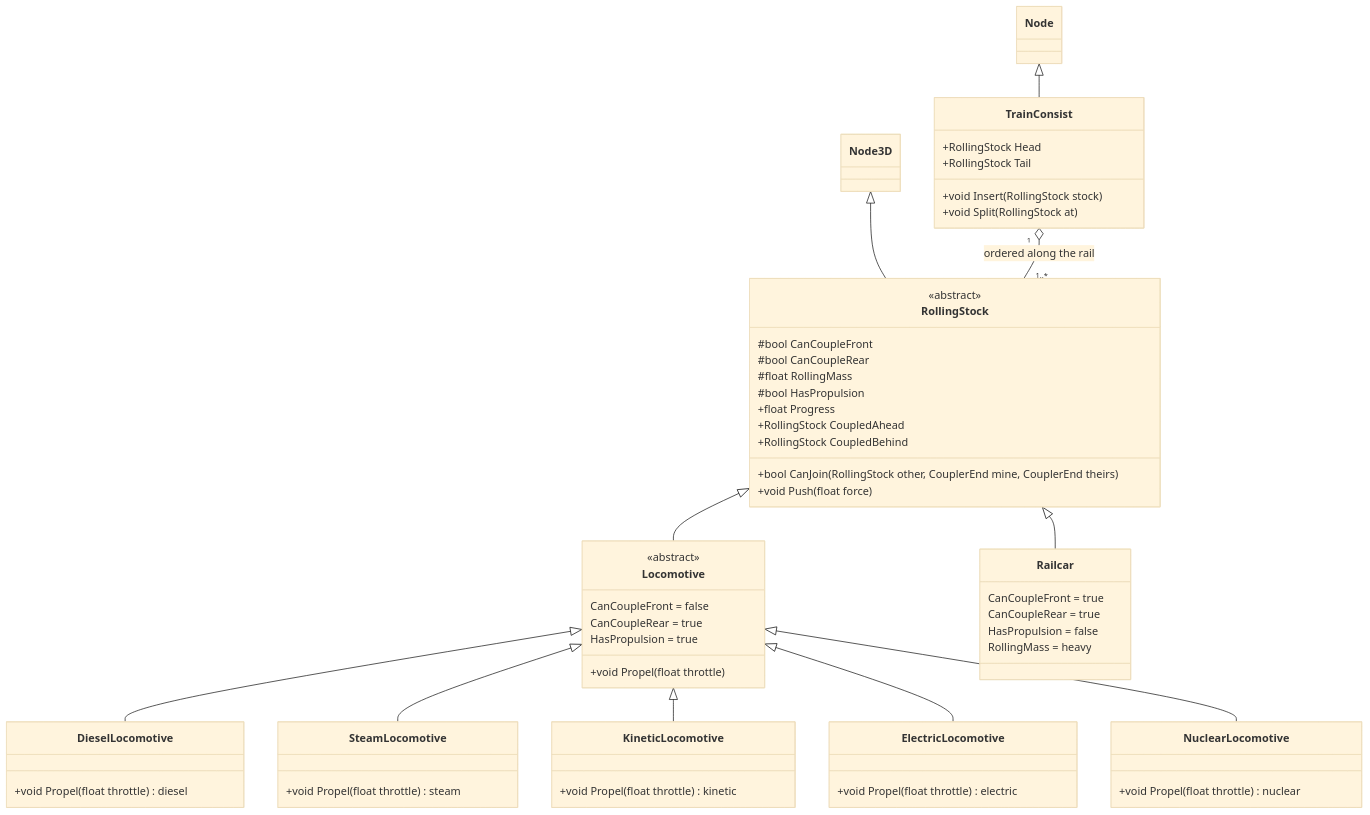
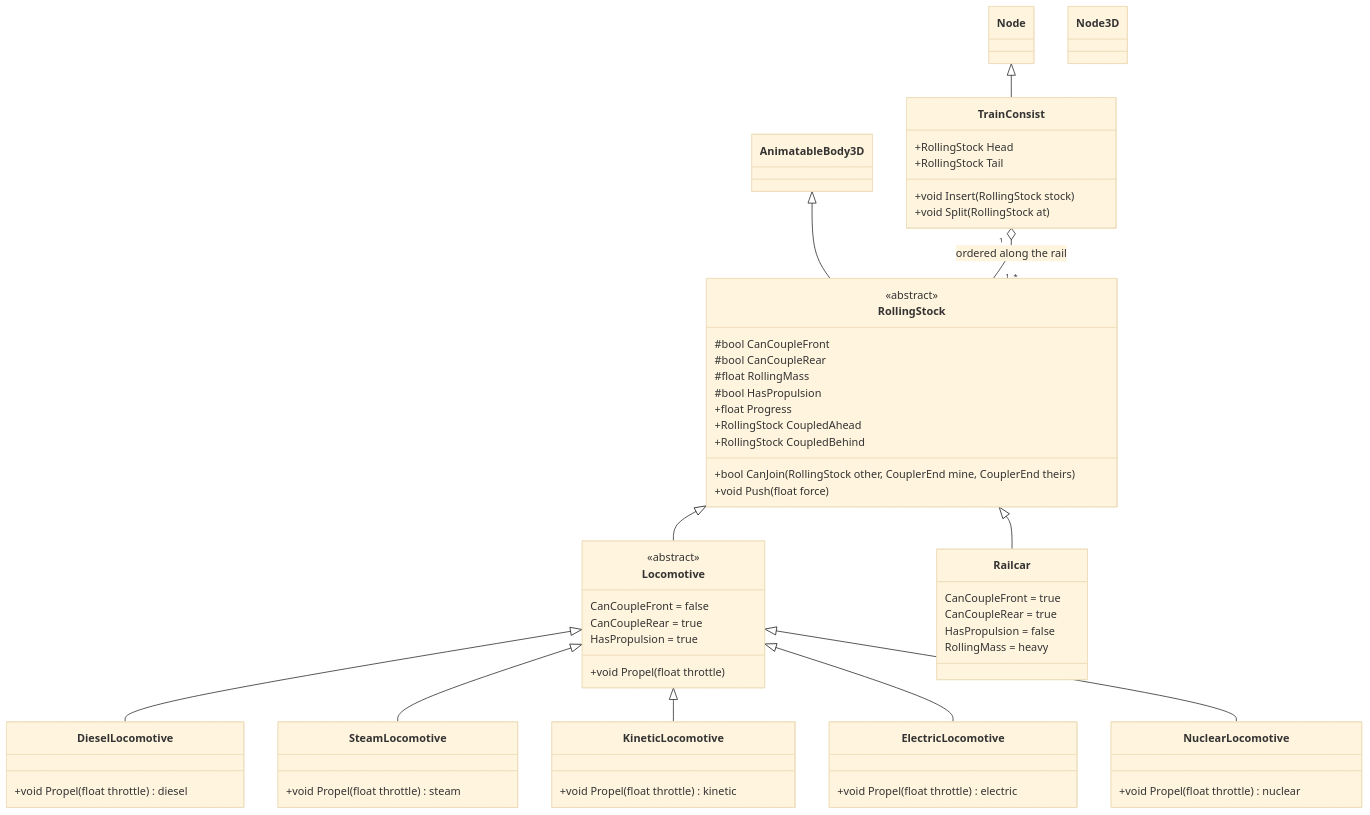
Before and after one commit to itsung26/Trainwrecked: the diagram in concept/train_class_design.md, drawn with Mermaid (base theme). The commit also changed 9 other files, not shown here.

````diff
--- a/concept/train_class_design.md
+++ b/concept/train_class_design.md
@@ -5,67 +5,67 @@
 ```mermaid
 classDiagram
     class Node
     class Node3D
 
     class RollingStock {
         <<abstract>>
         #bool CanCoupleFront
         #bool CanCoupleRear
         #float RollingMass
         #bool HasPropulsion
         +float Progress
         +RollingStock CoupledAhead
         +RollingStock CoupledBehind
         +bool CanJoin(RollingStock other, CouplerEnd mine, CouplerEnd theirs)
         +void Push(float force)
     }
 
     class Locomotive {
         <<abstract>>
         CanCoupleFront = false
         CanCoupleRear = true
         HasPropulsion = true
         +void Propel(float throttle)
     }
 
     class DieselLocomotive {
         +void Propel(float throttle) diesel
     }
     class SteamLocomotive {
         +void Propel(float throttle) steam
     }
     class KineticLocomotive {
         +void Propel(float throttle) kinetic
     }
     class ElectricLocomotive {
         +void Propel(float throttle) electric
     }
     class NuclearLocomotive {
         +void Propel(float throttle) nuclear
     }
 
     class Railcar {
         CanCoupleFront = true
         CanCoupleRear = true
         HasPropulsion = false
         RollingMass = heavy
     }
 
     class TrainConsist {
         +RollingStock Head
         +RollingStock Tail
         +void Insert(RollingStock stock)
         +void Split(RollingStock at)
     }
 
-    Node3D <|-- RollingStock
+    AnimatableBody3D <|-- RollingStock
     RollingStock <|-- Locomotive
     RollingStock <|-- Railcar
     Locomotive <|-- DieselLocomotive
     Locomotive <|-- SteamLocomotive
     Locomotive <|-- KineticLocomotive
     Locomotive <|-- ElectricLocomotive
     Locomotive <|-- NuclearLocomotive
     Node <|-- TrainConsist
     TrainConsist "1" o-- "1..*" RollingStock : ordered along the rail
 ```
````
